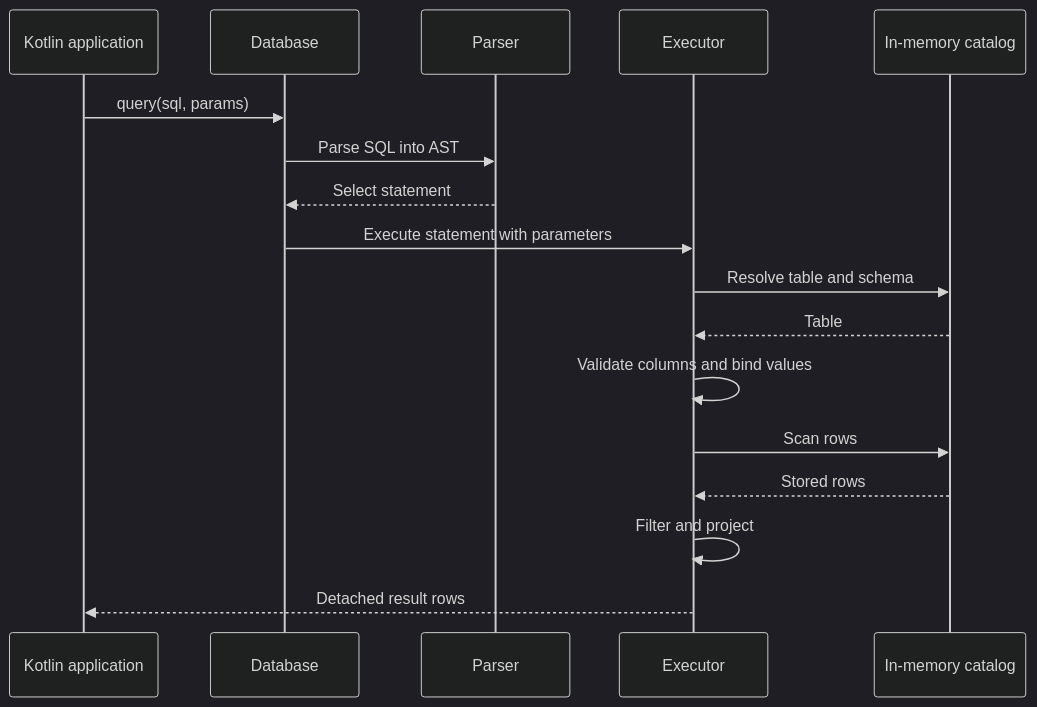
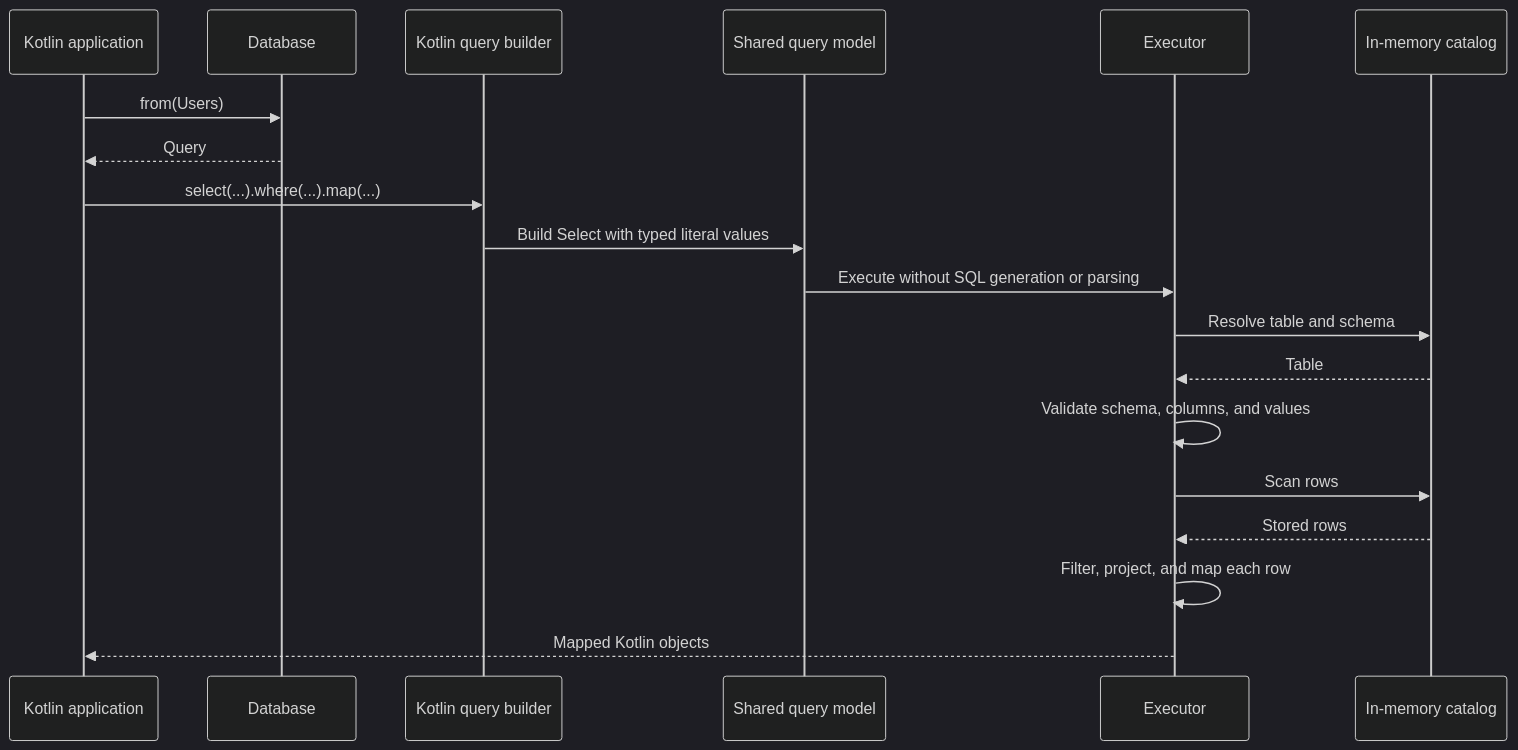
One commit to xhae123/kokodb changed the diagram in README.md. Above: the diagram before and after it, drawn with Mermaid (dark theme). The commit also changed other lines of this file and 12 other files, not shown here.

Commit message:
feat(dsl): add typed Kotlin queries on the shared engine

````diff
--- a/README.md
+++ b/README.md
@@ -46,20 +78,22 @@
 ```mermaid
 sequenceDiagram
     participant App as Kotlin application
     participant DB as Database
-    participant Parser
+    participant DSL as Kotlin query builder
+    participant Model as Shared query model
     participant Executor
     participant Store as In-memory catalog
 
-    App->>DB: query(sql, params)
-    DB->>Parser: Parse SQL into AST
-    Parser-->>DB: Select statement
-    DB->>Executor: Execute statement with parameters
+    App->>DB: from(Users)
+    DB-->>App: Query
+    App->>DSL: select(...).where(...).map(...)
+    DSL->>Model: Build Select with typed literal values
+    Model->>Executor: Execute without SQL generation or parsing
     Executor->>Store: Resolve table and schema
     Store-->>Executor: Table
-    Executor->>Executor: Validate columns and bind values
+    Executor->>Executor: Validate schema, columns, and values
     Executor->>Store: Scan rows
     Store-->>Executor: Stored rows
-    Executor->>Executor: Filter and project
-    Executor-->>App: Detached result rows
+    Executor->>Executor: Filter, project, and map each row
+    Executor-->>App: Mapped Kotlin objects
 ```
````
